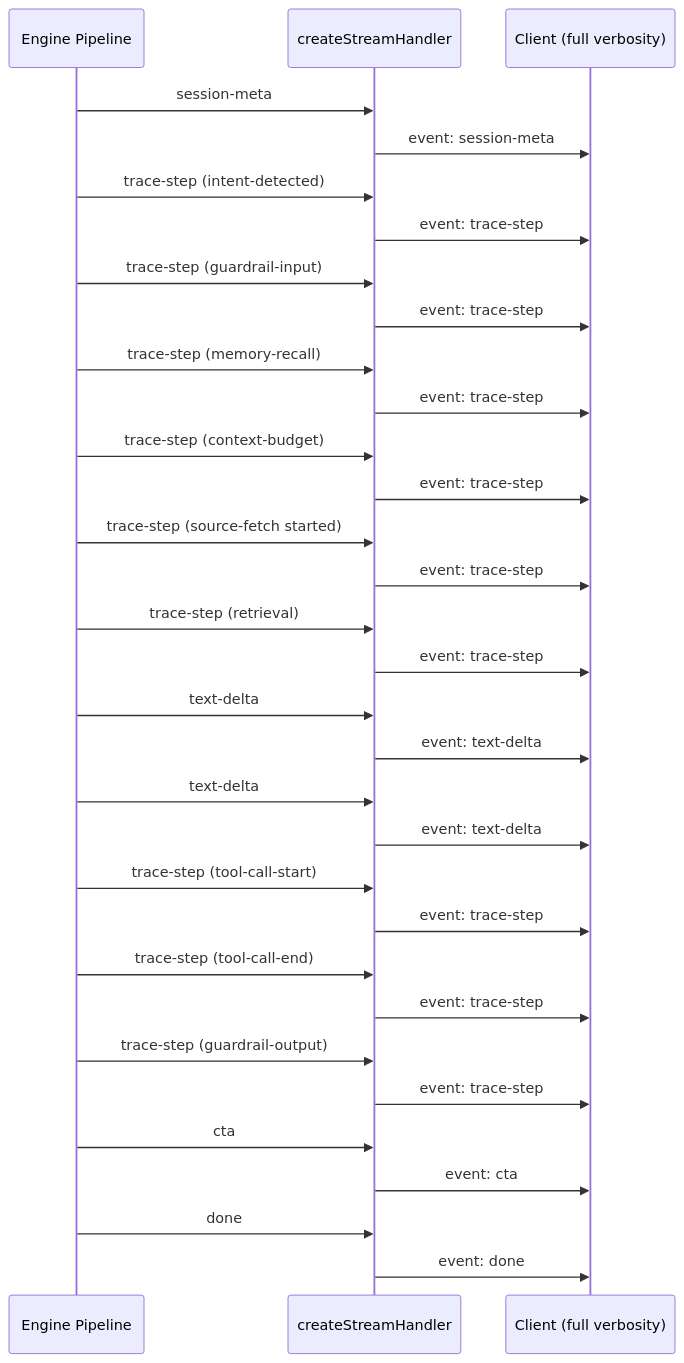
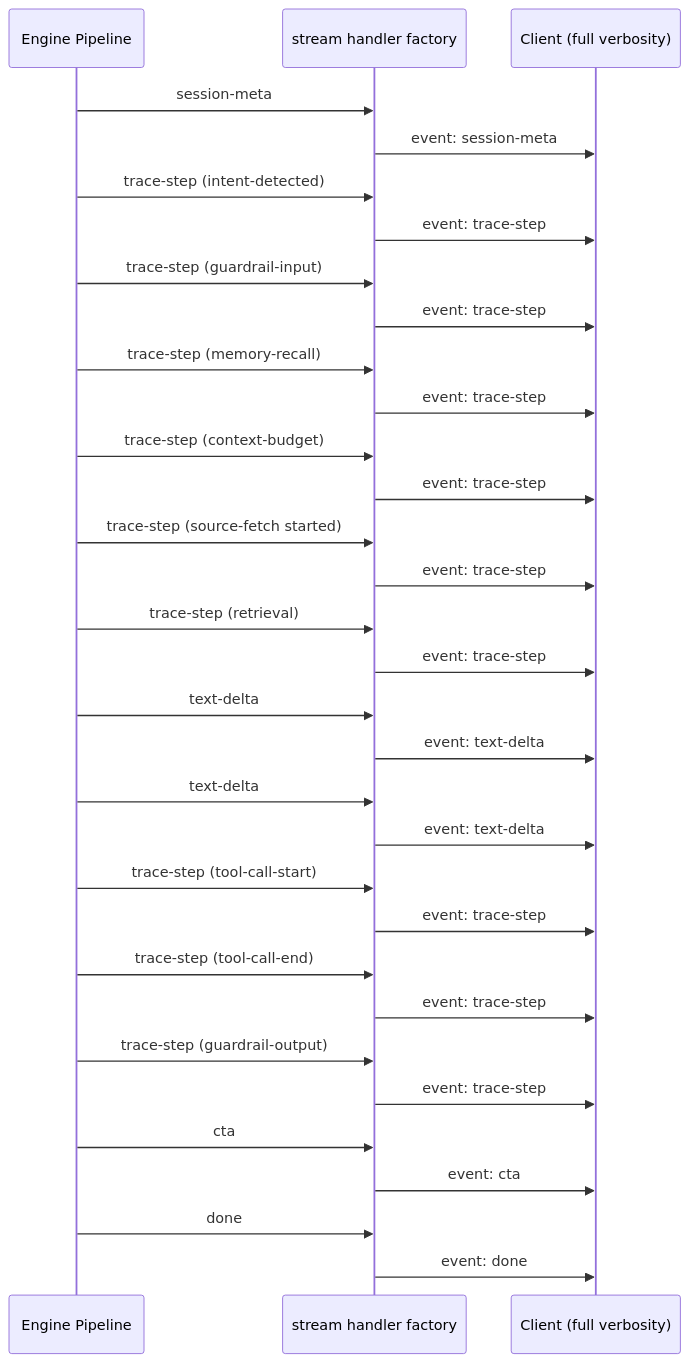
One commit to 1qh/safeagent changed the ninth of 27 diagrams in plan/11-transport.md. Above: the diagram before and after it, drawn with Mermaid. The commit also changed other lines of this file and 18 other files, not shown here.

````diff
--- a/plan/11-transport.md
+++ b/plan/11-transport.md
@@ -317,48 +317,48 @@
 ```mermaid
 sequenceDiagram
     participant ENGINE as Engine Pipeline
-    participant HANDLER as createStreamHandler
+    participant HANDLER as stream handler factory
     participant CLIENT as Client (full verbosity)
 
     ENGINE->>HANDLER: session-meta
     HANDLER->>CLIENT: event: session-meta
 
     ENGINE->>HANDLER: trace-step (intent-detected)
     HANDLER->>CLIENT: event: trace-step
 
     ENGINE->>HANDLER: trace-step (guardrail-input)
     HANDLER->>CLIENT: event: trace-step
 
     ENGINE->>HANDLER: trace-step (memory-recall)
     HANDLER->>CLIENT: event: trace-step
 
     ENGINE->>HANDLER: trace-step (context-budget)
     HANDLER->>CLIENT: event: trace-step
 
     ENGINE->>HANDLER: trace-step (source-fetch started)
     HANDLER->>CLIENT: event: trace-step
 
     ENGINE->>HANDLER: trace-step (retrieval)
     HANDLER->>CLIENT: event: trace-step
 
     ENGINE->>HANDLER: text-delta
     HANDLER->>CLIENT: event: text-delta
 
     ENGINE->>HANDLER: text-delta
     HANDLER->>CLIENT: event: text-delta
 
     ENGINE->>HANDLER: trace-step (tool-call-start)
     HANDLER->>CLIENT: event: trace-step
 
     ENGINE->>HANDLER: trace-step (tool-call-end)
     HANDLER->>CLIENT: event: trace-step
 
     ENGINE->>HANDLER: trace-step (guardrail-output)
     HANDLER->>CLIENT: event: trace-step
 
     ENGINE->>HANDLER: cta
     HANDLER->>CLIENT: event: cta
 
     ENGINE->>HANDLER: done
     HANDLER->>CLIENT: event: done
 ```
````
